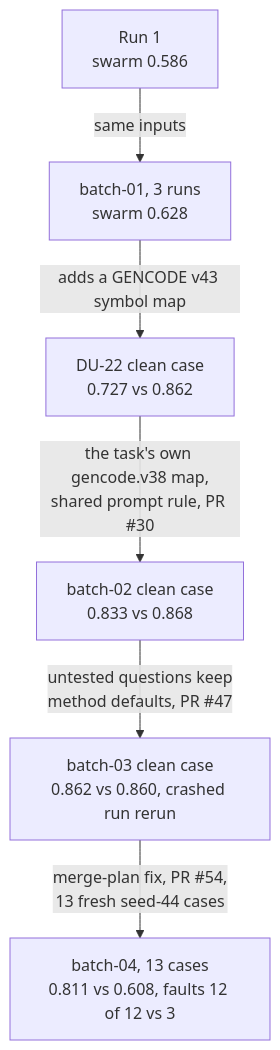
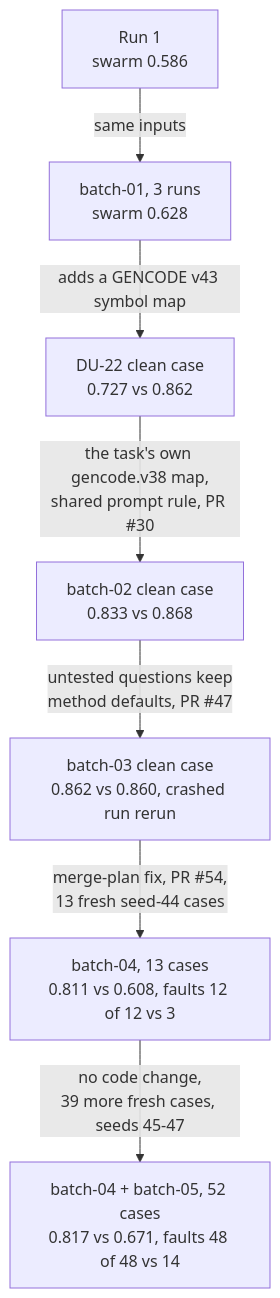
One commit to gavinzhao30/Crux changed the tenth of 13 diagrams in README.md. Above: the diagram before and after it, drawn with Mermaid. The commit also changed other lines of this file and 24 other files, not shown here.

First line of the commit message:
Batch-05 results: 52 fresh held-out cases, and the self-improvement and rejected sections (#79)

````diff
--- a/README.md
+++ b/README.md
@@ -385,8 +417,9 @@
 ```mermaid
 flowchart TD
     R1["Run 1<br/>swarm 0.586"] -->|"same inputs"| B1["batch-01, 3 runs<br/>swarm 0.628"]
     B1 -->|"adds a GENCODE v43 symbol map"| D22["DU-22 clean case<br/>0.727 vs 0.862"]
     D22 -->|"the task's own gencode.v38 map,<br/>shared prompt rule, PR #30"| B2["batch-02 clean case<br/>0.833 vs 0.868"]
     B2 -->|"untested questions keep<br/>method defaults, PR #47"| B3["batch-03 clean case<br/>0.862 vs 0.860, crashed run rerun"]
     B3 -->|"merge-plan fix, PR #54,<br/>13 fresh seed-44 cases"| B4["batch-04, 13 cases<br/>0.811 vs 0.608, faults 12 of 12 vs 3"]
+    B4 -->|"no code change,<br/>39 more fresh cases, seeds 45-47"| B5["batch-04 + batch-05, 52 cases<br/>0.817 vs 0.671, faults 48 of 48 vs 14"]
 ```
````
